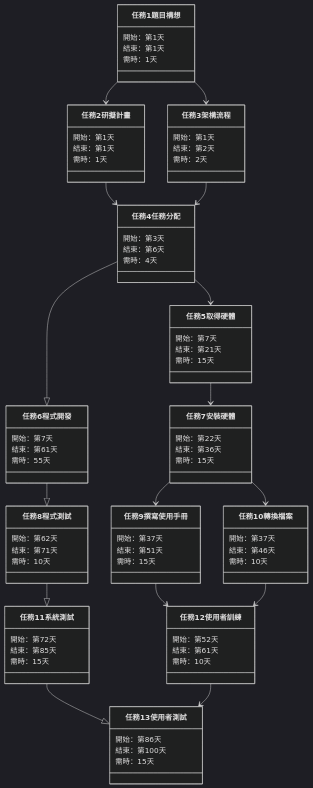
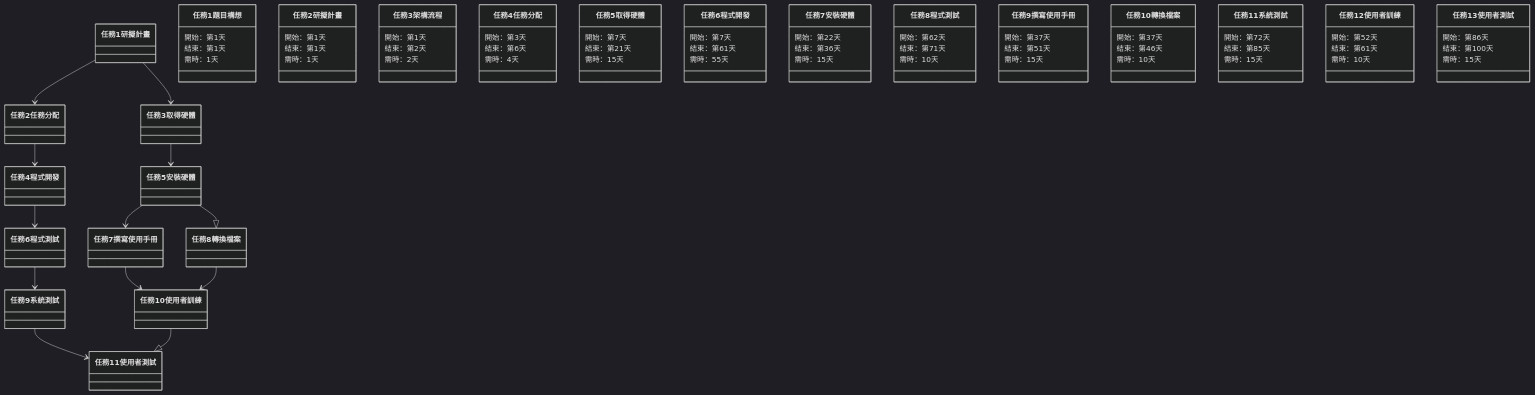
One commit to mark13578/2022-sasd changed the first of 2 diagrams in hw2.md. Above: the diagram before and after it, drawn with Mermaid (dark theme).

Commit message:
Update hw2.md
更新HW 流程圖

````diff
--- a/hw2.md
+++ b/hw2.md
@@ -16,71 +16,70 @@
 ```mermaid
 classDiagram
 
-任務1 題目構想 --> 任務2 研擬計畫
-任務1 題目構想 --> 任務3 架構流程
-任務2 研擬計畫 --> 任務4 任務分配
-任務3 架構流程 --> 任務4 任務分配
-任務4 任務分配 --> 任務5 取得硬體
-任務4 任務分配 --|> 任務6 程式開發
-任務5 取得硬體 --> 任務7 安裝硬體
-任務6 程式開發 --|> 任務8 程式測試
-任務8 程式測試 --|> 任務11 系統測試
-任務7 安裝硬體 --> 任務9 撰寫使用手冊
-任務7 安裝硬體 --> 任務10 轉換檔案
-任務9 撰寫使用手冊 --> 任務12 使用者訓練
-任務10 轉換檔案 --> 任務12 使用者訓練
-任務11 系統測試 --|> 任務13 使用者測試
-任務12 使用者訓練 --> 任務13 使用者測試
+任務1 研擬計畫 --> 任務2 任務分配
+任務1 研擬計畫 --> 任務3 取得硬體
+任務2 任務分配 --> 任務4 程式開發
+任務3 取得硬體 --> 任務5 安裝硬體
+任務4 程式開發 --> 任務6 程式測試
+任務5 安裝硬體 --> 任務7 撰寫使用手冊
+任務5 安裝硬體 --|> 任務8 轉換檔案
+任務6 程式測試 --> 任務9 系統測試
+任務7 撰寫使用手冊 --> 任務10 使用者訓練
+任務8 轉換檔案 --> 任務10 使用者訓練
+任務9 系統測試 --> 任務11 使用者測試
+任務10 使用者訓練 --|> 任務11 使用者測試
+
+
 
 任務1 題目構想 : 開始：第1天
 任務1 題目構想 : 結束：第1天
 任務1 題目構想 : 需時：1天
 
 任務2 研擬計畫 : 開始：第1天
 任務2 研擬計畫 : 結束：第1天
 任務2 研擬計畫 : 需時：1天
 
 任務3 架構流程 : 開始：第1天
 任務3 架構流程 : 結束：第2天
 任務3 架構流程 : 需時：2天
 
 任務4 任務分配 : 開始：第3天
 任務4 任務分配 : 結束：第6天
 任務4 任務分配 : 需時：4天
 
 任務5 取得硬體 : 開始：第7天
 任務5 取得硬體 : 結束：第21天
 任務5 取得硬體 : 需時：15天
 
 任務6 程式開發 : 開始：第7天
 任務6 程式開發 : 結束：第61天
 任務6 程式開發 : 需時：55天
 
 任務7 安裝硬體 : 開始：第22天
 任務7 安裝硬體 : 結束：第36天
 任務7 安裝硬體 : 需時：15天
 
 任務8 程式測試 : 開始：第62天
 任務8 程式測試 : 結束：第71天
 任務8 程式測試 : 需時：10天
 
 任務9 撰寫使用手冊 : 開始：第37天
 任務9 撰寫使用手冊 : 結束：第51天
 任務9 撰寫使用手冊 : 需時：15天
 
 任務10 轉換檔案 : 開始：第37天
 任務10 轉換檔案 : 結束：第46天
 任務10 轉換檔案 : 需時：10天
 
 任務11 系統測試 : 開始：第72天
 任務11 系統測試 : 結束：第85天
 任務11 系統測試 : 需時：15天
 
 任務12 使用者訓練 : 開始：第52天
 任務12 使用者訓練 : 結束：第61天
 任務12 使用者訓練 : 需時：10天
 
 任務13 使用者測試 : 開始：第86天
 任務13 使用者測試 : 結束：第100天
 任務13 使用者測試 : 需時：15天
 ```
````
